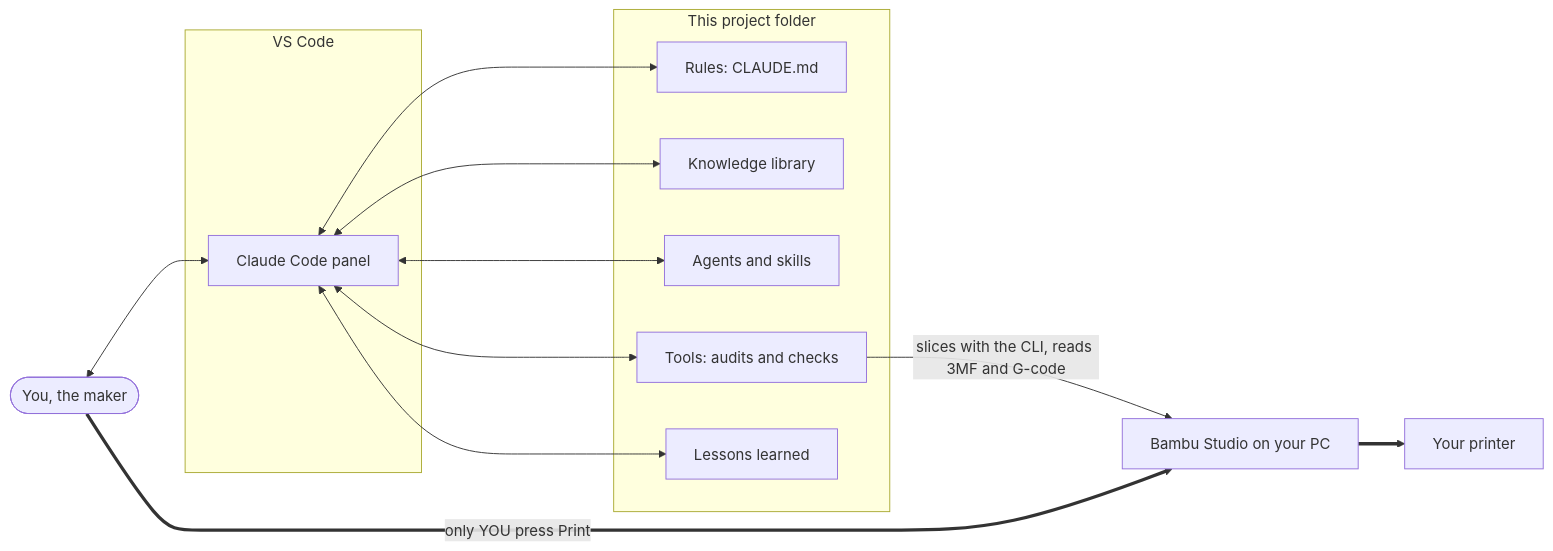
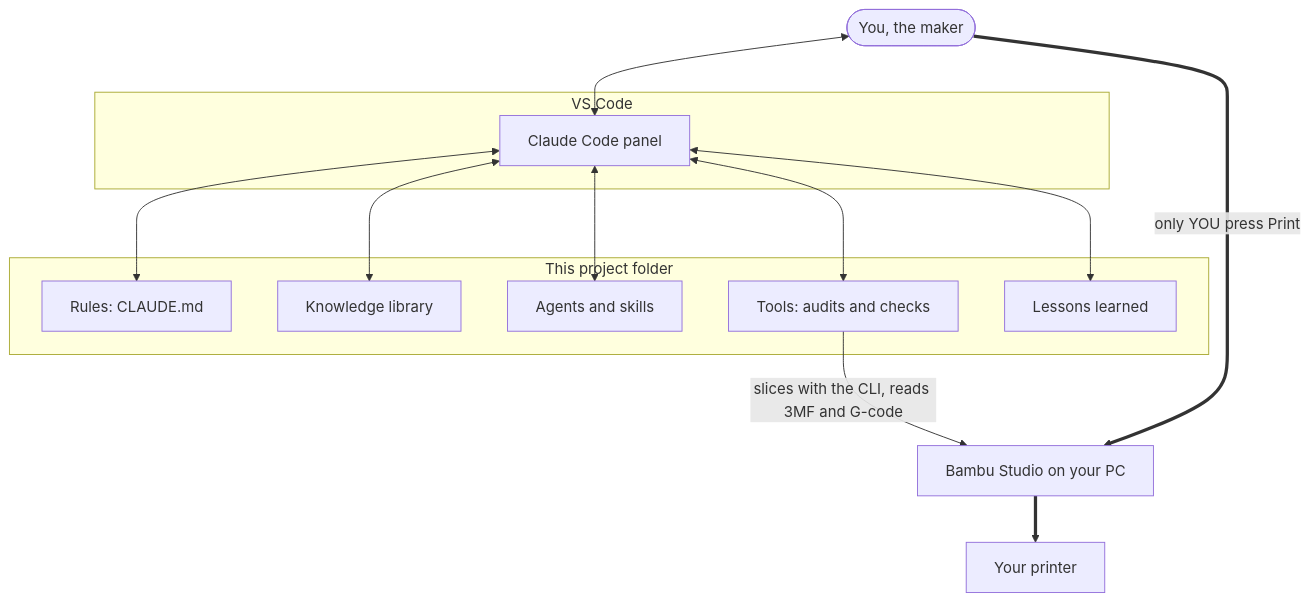
The first of 3 diagrams in README.md (mementomori-co/maker-mastery), drawn with Mermaid before and after one commit. The commit also changed other lines of this file and 58 other files, not shown here.

````diff
--- a/README.md
+++ b/README.md
@@ -164,25 +160,25 @@
 ```mermaid
-flowchart LR
+flowchart TB
     you(["You, the maker"])
     subgraph vscode["VS Code"]
         cc["Claude Code panel"]
     end
     subgraph project["This project folder"]
         rules["Rules: CLAUDE.md"]
         know["Knowledge library"]
         agents["Agents and skills"]
         tools["Tools: audits and checks"]
         lessons["Lessons learned"]
     end
     bs["Bambu Studio on your PC"]
     printer["Your printer"]
     you <--> cc
     cc <--> rules
     cc <--> know
     cc <--> agents
     cc <--> tools
     cc <--> lessons
     tools -- "slices with the CLI, reads 3MF and G-code" --> bs
     you == "only YOU press Print" ==> bs
     bs ==> printer
 ```
````
